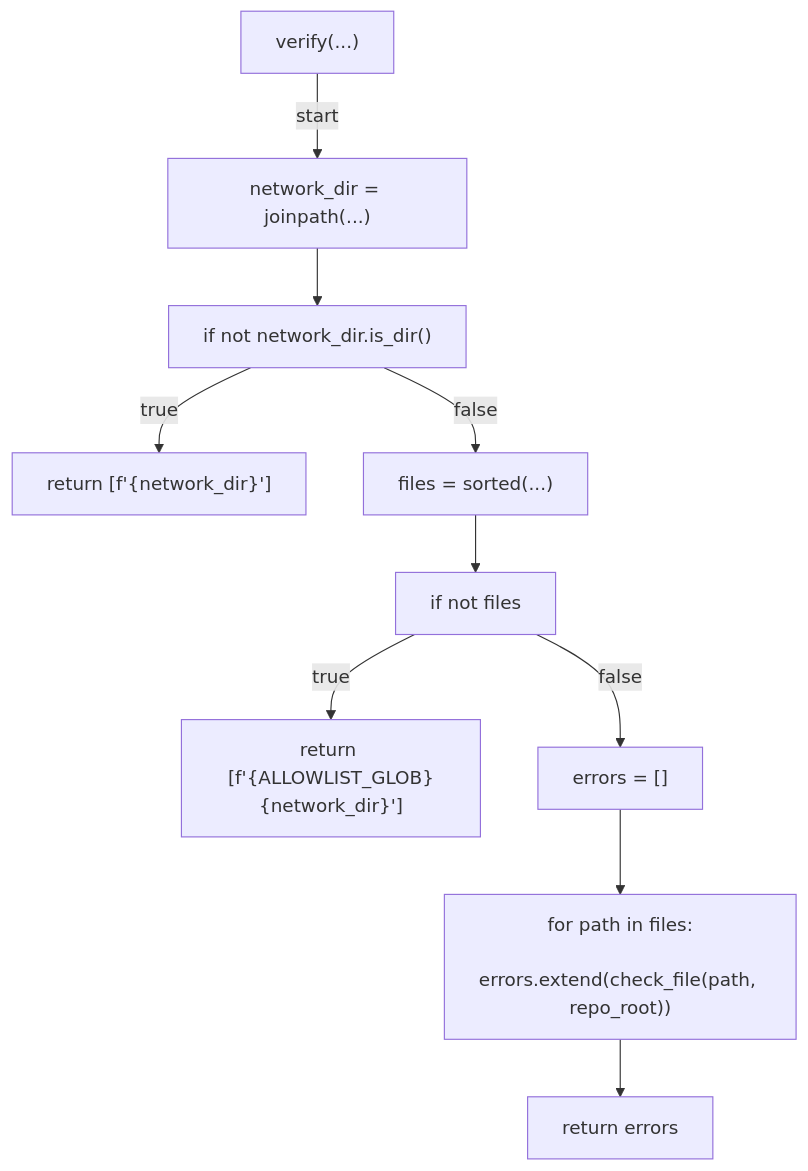
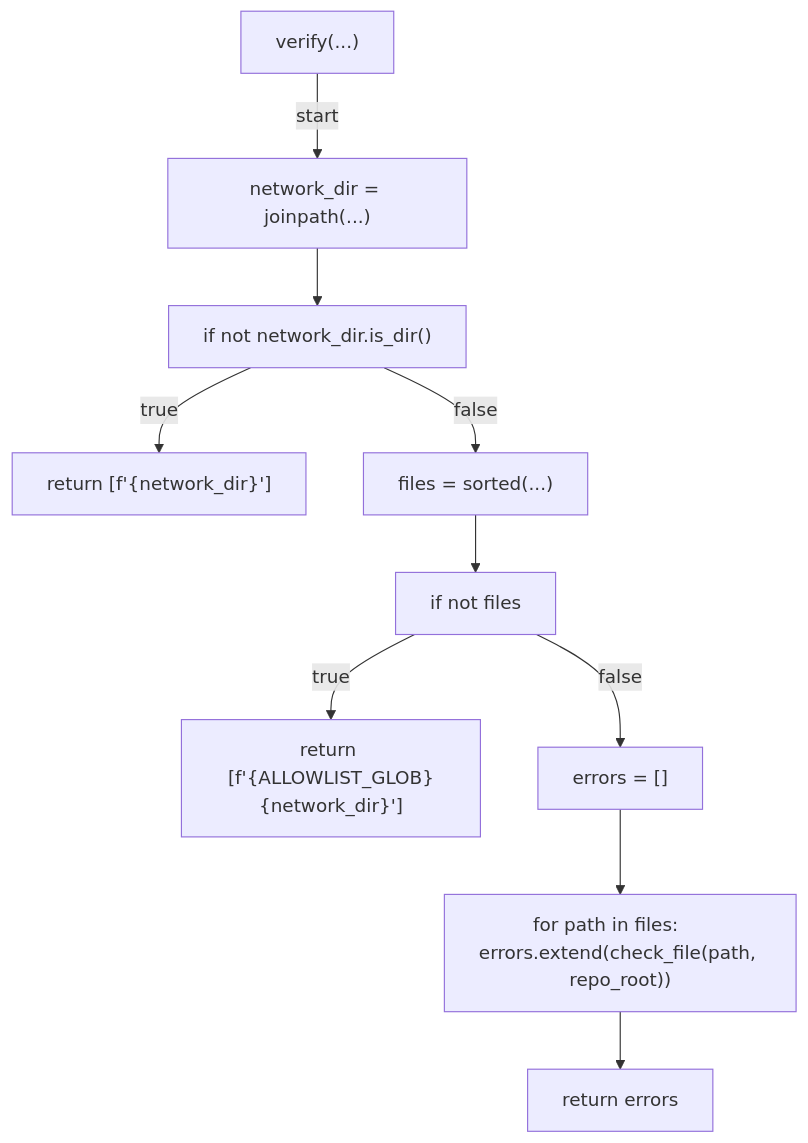
One commit to tvna/claude-md changed the second of 4 diagrams in docs/generated/scripts/ast/scan_allowlist_rationale.md. Above: the diagram before and after it, drawn with Mermaid. The commit also changed other lines of this file and 29 other files, not shown here.

First line of the commit message:
docs(generated): regenerate decision tree and workflow diagrams (batch 3/5)

````diff
--- a/docs/generated/scripts/ast/scan_allowlist_rationale.md
+++ b/docs/generated/scripts/ast/scan_allowlist_rationale.md
@@ -39,23 +29,22 @@
 ```mermaid
 flowchart TD
     N001["verify(...)"]
     N002["network_dir = joinpath(...)"]
     N003["if not network_dir.is_dir()"]
     N004["return [f'<str>{network_dir}<str>']"]
     N005["files = sorted(...)"]
     N006["if not files"]
     N007["return [f'<str>{ALLOWLIST_GLOB}<str>{network_dir}<str>']"]
     N008["errors = []"]
-    N009["for path in files:
-    errors.extend(check_file(path, repo_root))"]
+    N009["for path in files:     errors.extend(check_file(path, repo_root))"]
     N010["return errors"]
     N001 -->|"start"| N002
     N002 --> N003
     N003 -->|"true"| N004
     N003 -->|"false"| N005
     N005 --> N006
     N006 -->|"true"| N007
     N006 -->|"false"| N008
     N008 --> N009
     N009 --> N010
 ```
````
